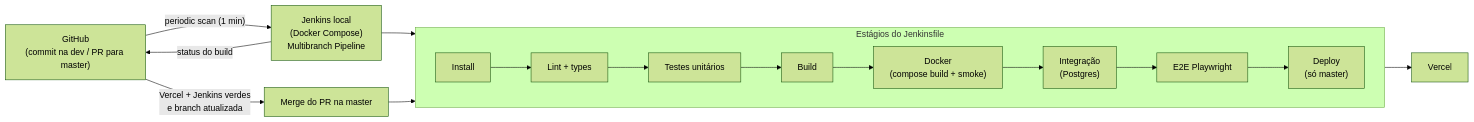
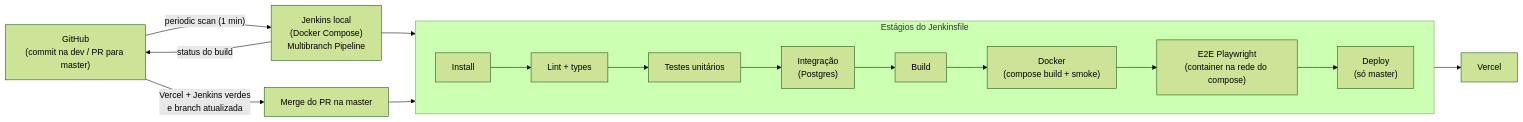
One commit to Frombull/cathoot changed the second of 2 diagrams in docs/arquitetura.md. Above: the diagram before and after it, drawn with Mermaid (forest theme). The commit also changed other lines of this file and 7 other files, not shown here.

````diff
--- a/docs/arquitetura.md
+++ b/docs/arquitetura.md
@@ -27,15 +28,15 @@
 ```mermaid
 flowchart LR
     GH["GitHub<br/>(commit na dev / PR para master)"] -->|"periodic scan (1 min)"| JK["Jenkins local<br/>(Docker Compose)<br/>Multibranch Pipeline"]
 
     subgraph Stages["Estágios do Jenkinsfile"]
         direction LR
-        S0["Install"] --> S1["Lint + types"] --> S2["Testes unitários"] --> S3["Build"] --> SD["Docker<br/>(compose build + smoke)"] --> S4["Integração<br/>(Postgres)"] --> S5["E2E Playwright"] --> S6["Deploy<br/>(só master)"]
+        S0["Install"] --> S1["Lint + types"] --> S2["Testes unitários"] --> S4["Integração<br/>(Postgres)"] --> S3["Build"] --> SD["Docker<br/>(compose build + smoke)"] --> S5["E2E Playwright<br/>(container na rede do compose)"] --> S6["Deploy<br/>(só master)"]
     end
 
     JK --> S0
     S6 --> VERCEL["Vercel"]
     JK -->|"status do build"| GH
     GH -->|"Vercel + Jenkins verdes<br/>e branch atualizada"| MASTER["Merge do PR na master"]
     MASTER --> S6
 ```
````
